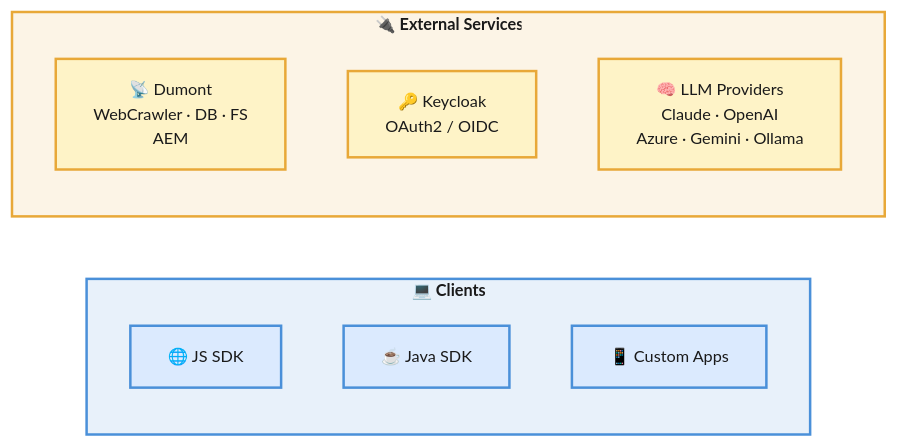
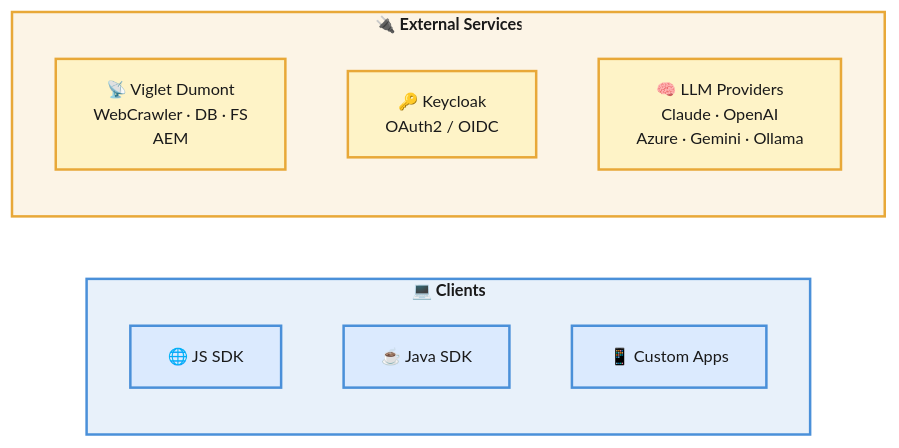
Before and after one commit to openviglet/turing: the first of 5 diagrams in frontend/apps/docs/src/content/docs/architecture-overview.md, drawn with Mermaid. The commit also changed other lines of this file and 69 other files, not shown here.

````diff
--- a/frontend/apps/docs/src/content/docs/architecture-overview.md
+++ b/frontend/apps/docs/src/content/docs/architecture-overview.md
@@ -25,24 +25,24 @@
 ```mermaid
 %%{init: {'theme': 'base', 'themeVariables': {'fontSize': '13px', 'primaryColor': '#fff', 'primaryBorderColor': '#c0c0c0', 'lineColor': '#888', 'textColor': '#333'}}}%%
 graph LR
     subgraph Clients [" 💻 Clients "]
         CL1["🌐 JS SDK"]
         CL2["☕ Java SDK"]
         CL3["📱 Custom Apps"]
     end
 
     subgraph External [" 🔌 External Services "]
-        CON["📡 Dumont\nWebCrawler · DB · FS\nAEM"]
+        CON["📡 Viglet Dumont\nWebCrawler · DB · FS\nAEM"]
         KC["🔑 Keycloak\nOAuth2 / OIDC"]
         LLM["🧠 LLM Providers\nClaude · OpenAI\nAzure · Gemini · Ollama"]
     end
 
     classDef blue fill:#dbeafe,stroke:#4A90D9,stroke-width:2px,color:#1a1a1a
     classDef amber fill:#fef3c7,stroke:#E8A838,stroke-width:2px,color:#1a1a1a
 
     class CL1,CL2,CL3 blue
     class CON,KC,LLM amber
 
     style Clients fill:#4A90D920,stroke:#4A90D9,stroke-width:2px,color:#1a1a1a,font-weight:700
     style External fill:#E8A83820,stroke:#E8A838,stroke-width:2px,color:#1a1a1a,font-weight:700
 ```
````
